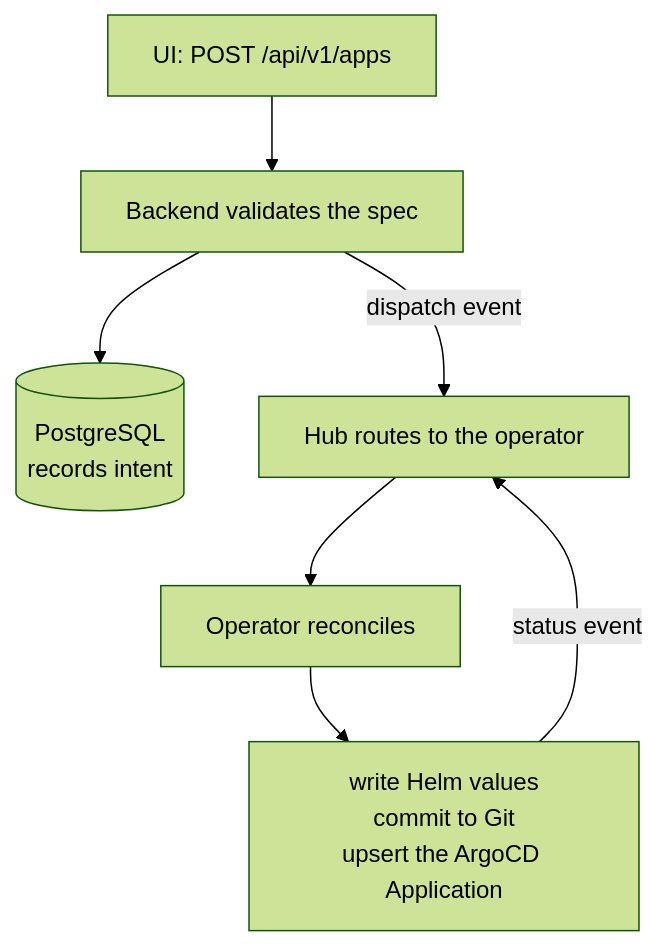
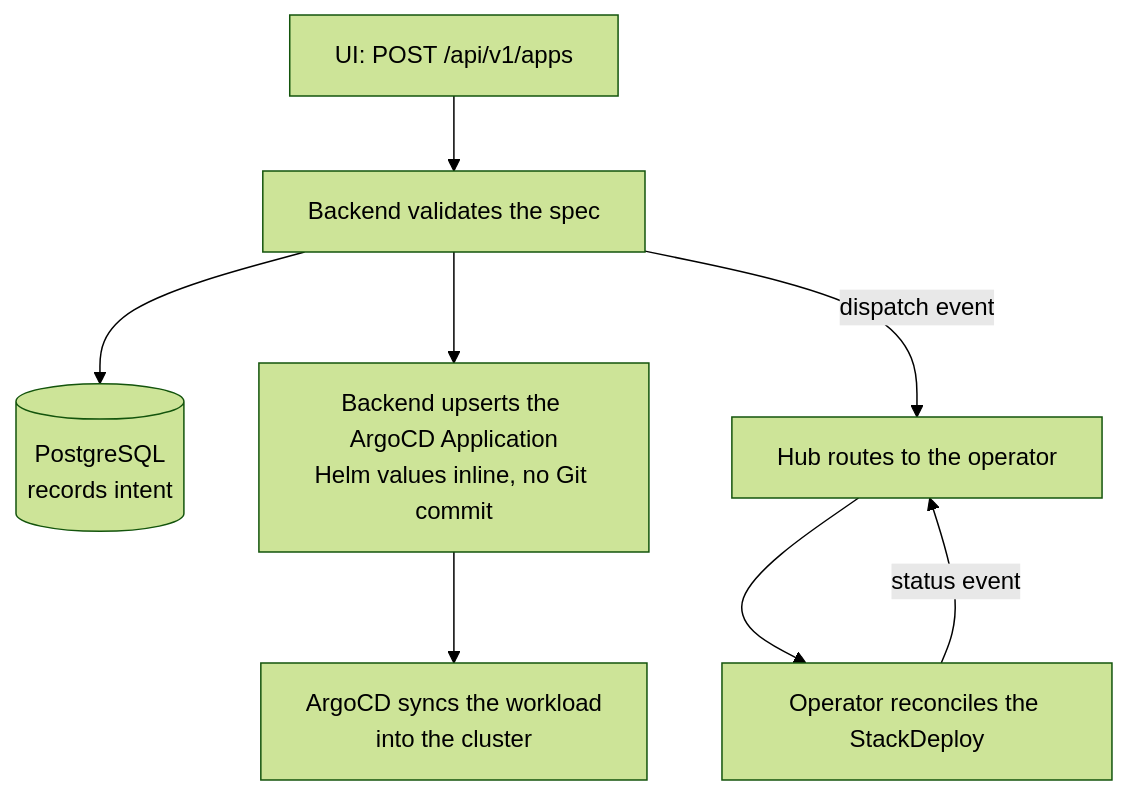
Before and after one commit to kubenesthq/docs: the fourth of 5 diagrams in content/architecture/index.mdx, drawn with Mermaid (forest theme). The commit also changed other lines of this file and 17 other files, not shown here.

````diff
--- a/content/architecture/index.mdx
+++ b/content/architecture/index.mdx
@@ -124,9 +155,10 @@
 ```mermaid
 flowchart TD
     UI["UI: POST /api/v1/apps"] --> BE["Backend validates the spec"]
     BE --> DB[("PostgreSQL<br/>records intent")]
+    BE --> ARGO["Backend upserts the ArgoCD Application<br/>Helm values inline, no Git commit"]
     BE -- "dispatch event" --> HUB["Hub routes to the operator"]
-    HUB --> OP["Operator reconciles"]
-    OP --> W["write Helm values<br/>commit to Git<br/>upsert the ArgoCD Application"]
-    W -- "status event" --> HUB
+    HUB --> OP["Operator reconciles the StackDeploy"]
+    ARGO --> SYNC["ArgoCD syncs the workload<br/>into the cluster"]
+    OP -- "status event" --> HUB
 ```
````
